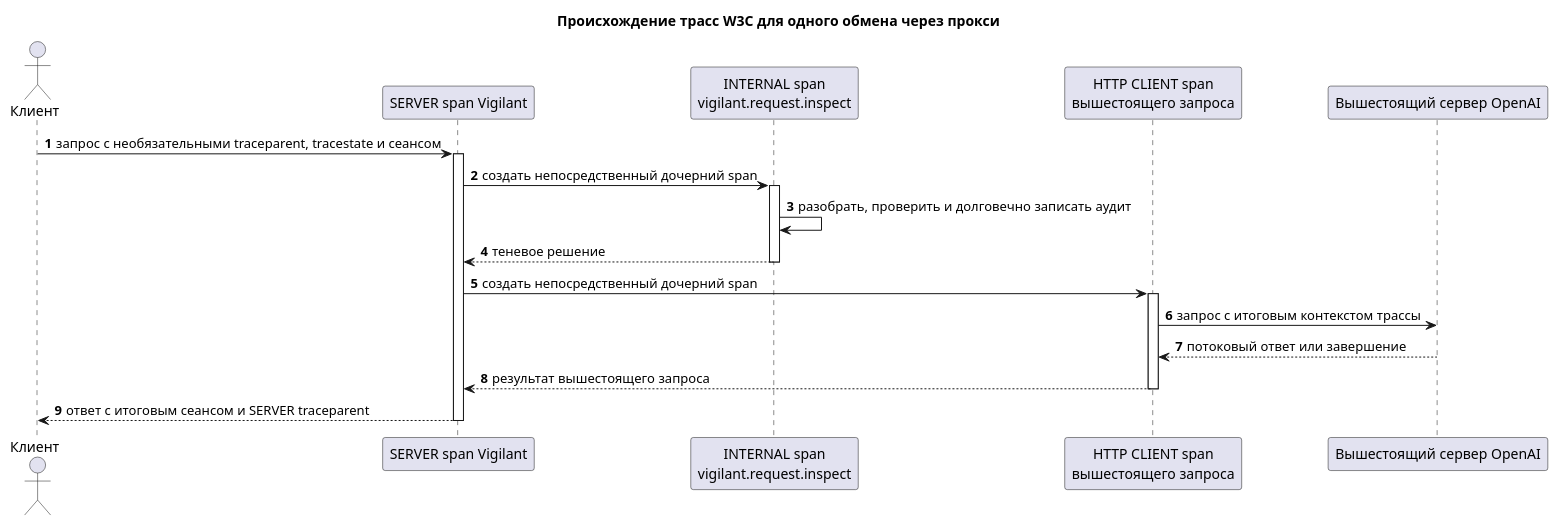
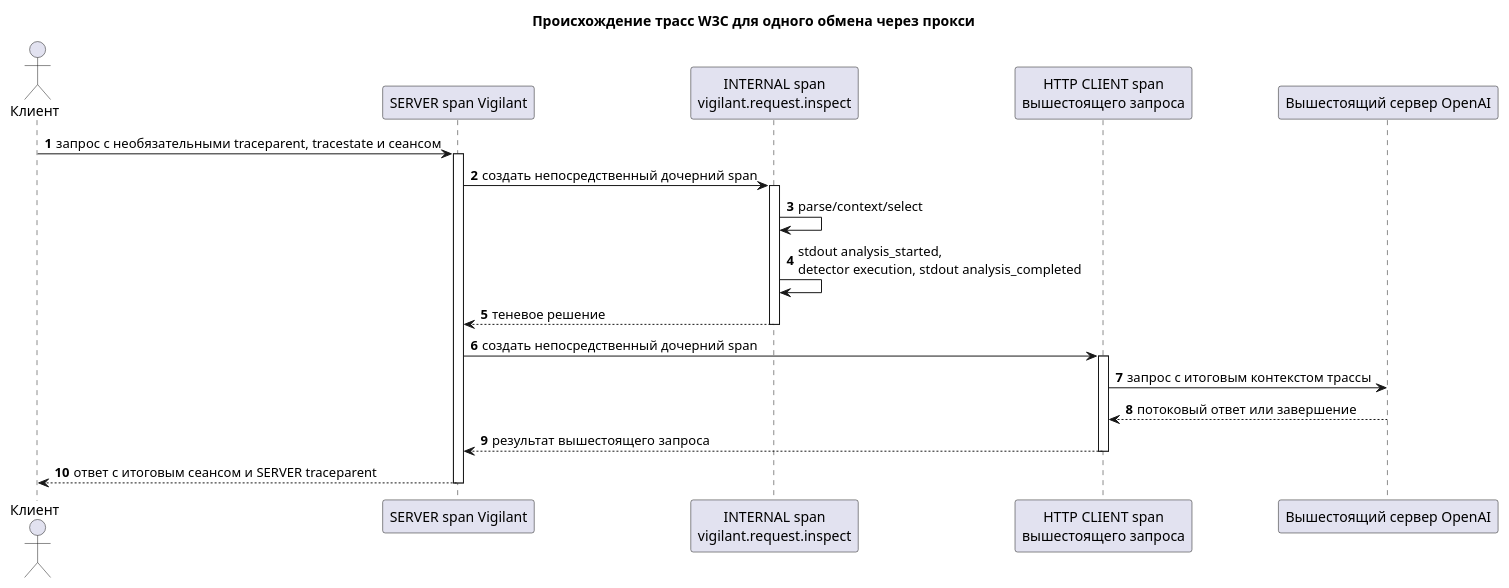
Before and after one commit to finnetrolle/vigilant: the diagram in docs/diagrams/tracing-sequence.puml, drawn with PlantUML. The commit also changed 32 other files, not shown here.

```diff
--- a/docs/diagrams/tracing-sequence.puml
+++ b/docs/diagrams/tracing-sequence.puml
@@ -1,26 +1,27 @@
 @startuml
 title Происхождение трасс W3C для одного обмена через прокси
 autonumber
 
 actor "Клиент" as Client
 participant "SERVER span Vigilant" as Server
 participant "INTERNAL span\nvigilant.request.inspect" as Inspect
 participant "HTTP CLIENT span\nвышестоящего запроса" as UpstreamSpan
 participant "Вышестоящий сервер OpenAI" as Upstream
 
 Client -> Server : запрос с необязательными traceparent, tracestate и сеансом
 activate Server
 Server -> Inspect : создать непосредственный дочерний span
 activate Inspect
-Inspect -> Inspect : разобрать, проверить и долговечно записать аудит
+Inspect -> Inspect : parse/context/select
+Inspect -> Inspect : stdout analysis_started,\ndetector execution, stdout analysis_completed
 Inspect --> Server : теневое решение
 deactivate Inspect
 Server -> UpstreamSpan : создать непосредственный дочерний span
 activate UpstreamSpan
 UpstreamSpan -> Upstream : запрос с итоговым контекстом трассы
 Upstream --> UpstreamSpan : потоковый ответ или завершение
 UpstreamSpan --> Server : результат вышестоящего запроса
 deactivate UpstreamSpan
 Server --> Client : ответ с итоговым сеансом и SERVER traceparent
 deactivate Server
 @enduml
```
